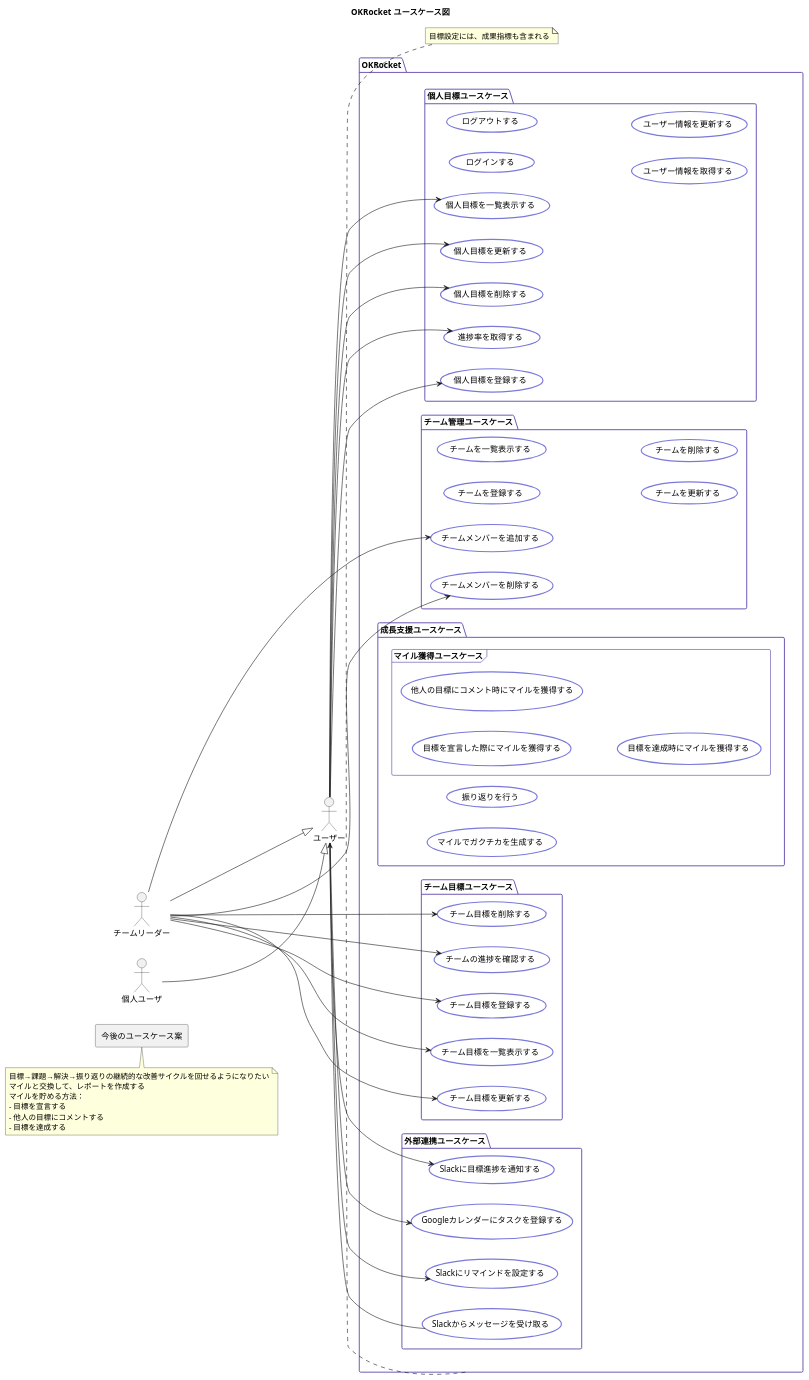
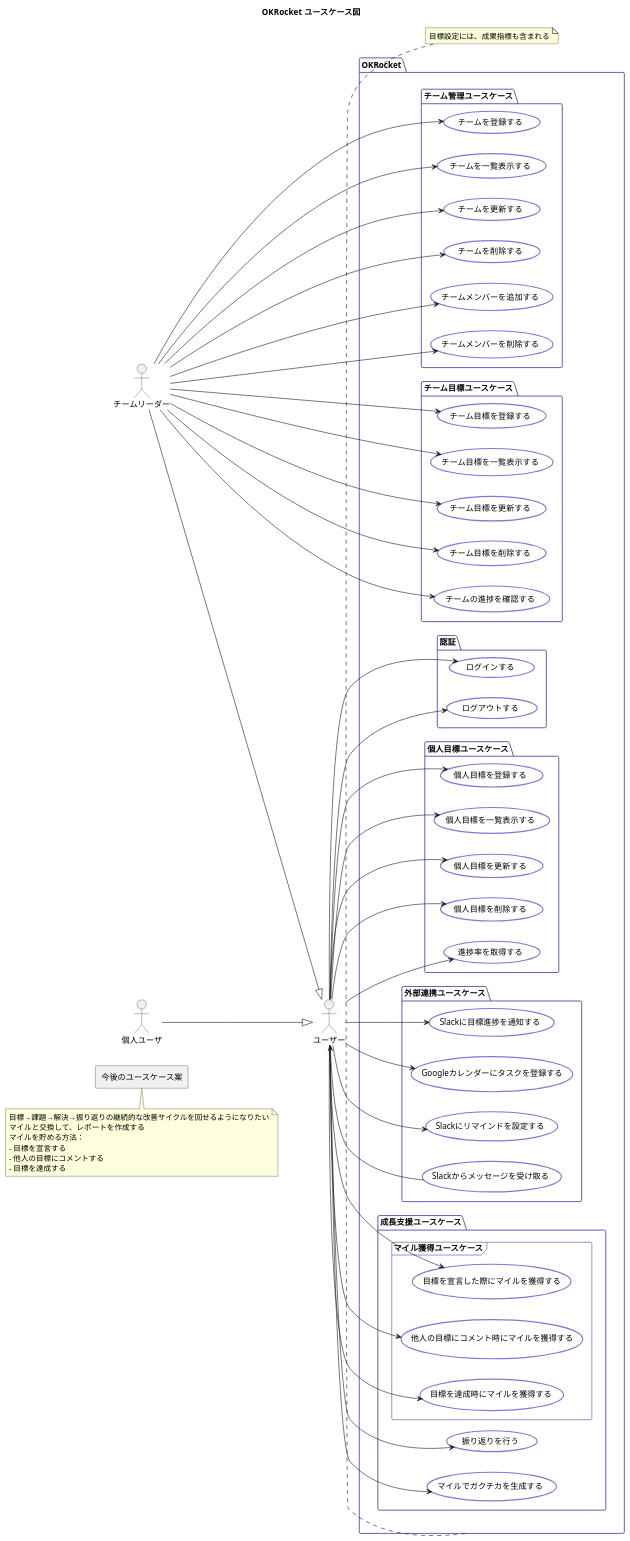
Before and after one commit to Yuma-Tsukakoshi/OKRocket: the diagram in docs/usecase/usecase.pu, drawn with PlantUML.

Commit message:
add: ユースケース図作成

```diff
--- a/docs/usecase/usecase.pu
+++ b/docs/usecase/usecase.pu
@@ -1,109 +1,121 @@
 @startuml
 title OKRocket ユースケース図
 
 left to right direction
 
 skinparam usecase {
   BackgroundColor #ffffff
   BorderColor #7a7adb
   FontColor #000000
   BorderThickness 2
 }
 skinparam package {
   BackgroundColor #ffffff
   BorderColor #5941a9
 }
 
 actor "ユーザー" as UserReader
 actor "チームリーダー" as Admin
 actor "個人ユーザ" as User
 
 User --|> UserReader
 Admin --|> UserReader
 
 package "OKRocket" {
+  package "認証"{
+    usecase "ログインする" as login
+    usecase "ログアウトする" as logout
+  }
+
   package "個人目標ユースケース" {
     usecase "個人目標を登録する" as createObjective
     usecase "個人目標を一覧表示する" as listObjectives
     usecase "個人目標を更新する" as updateObjective
     usecase "個人目標を削除する" as deleteObjective
 
     usecase "進捗率を取得する" as getProgressRate
-
-    usecase "ログインする" as login
-    usecase "ログアウトする" as logout
-    usecase "ユーザー情報を取得する" as getUserInfo
-    usecase "ユーザー情報を更新する" as updateUserInfo
   }
 
   package "チーム管理ユースケース" {
     usecase "チームを登録する" as createTeam
     usecase "チームを一覧表示する" as listTeams
     usecase "チームを更新する" as updateTeam
     usecase "チームを削除する" as deleteTeam
       
     usecase "チームメンバーを追加する" as addTeamMember
     usecase "チームメンバーを削除する" as removeTeamMember
   }
 
   package "成長支援ユースケース" {
     usecase "振り返りを行う" as registerImprovementCycle
     usecase "マイルでガクチカを生成する" as generateGakuchikaWithMile
 
     frame "マイル獲得ユースケース" {
       usecase "目標を宣言した際にマイルを獲得する" as declareGoalToEarnMile
       usecase "他人の目標にコメント時にマイルを獲得する" as commentOnGoalToEarnMile
       usecase "目標を達成時にマイルを獲得する" as achieveGoalToEarnMile
     }
   }
 
   package "チーム目標ユースケース" {
     usecase "チーム目標を登録する" as createTeamObjective
     usecase "チーム目標を一覧表示する" as listTeamObjectives
     usecase "チーム目標を更新する" as updateTeamObjective
     usecase "チーム目標を削除する" as deleteTeamObjective
     usecase "チームの進捗を確認する" as getTeamProgressRate
   }
 
   package "外部連携ユースケース" {
     usecase "Slackに目標進捗を通知する" as notifyProgressToSlack
     usecase "Googleカレンダーにタスクを登録する" as registerTaskToGoogleCalendar
     usecase "Slackにリマインドを設定する" as setSlackReminder
     usecase "Slackからメッセージを受け取る" as receiveMessageFromSlack
   }
 }
 
+UserReader --> login
+UserReader --> logout
 UserReader --> createObjective
 UserReader --> listObjectives
 UserReader --> updateObjective
 UserReader --> deleteObjective
 UserReader --> getProgressRate
+
+UserReader --> registerImprovementCycle
+UserReader --> generateGakuchikaWithMile
+UserReader --> declareGoalToEarnMile
+UserReader --> commentOnGoalToEarnMile
+UserReader --> achieveGoalToEarnMile
 
 Admin --> createTeamObjective
 Admin --> listTeamObjectives
 Admin --> updateTeamObjective
 Admin --> deleteTeamObjective
 Admin --> getTeamProgressRate
 Admin --> addTeamMember
 Admin --> removeTeamMember
+Admin --> createTeam
+Admin --> listTeams
+Admin --> updateTeam
+Admin --> deleteTeam
 
 UserReader --> notifyProgressToSlack
 UserReader --> registerTaskToGoogleCalendar
 UserReader --> setSlackReminder
 receiveMessageFromSlack --> UserReader
 
 rectangle "今後のユースケース案" as futureUseCases
 note bottom of futureUseCases
   目標→課題→解決→振り返りの継続的な改善サイクルを回せるようになりたい
   マイルと交換して、レポートを作成する
   マイルを貯める方法：
   - 目標を宣言する
   - 他人の目標にコメントする
   - 目標を達成する
 endnote
 
 note bottom of OKRocket
   目標設定には、成果指標も含まれる
 endnote
 
 @enduml
```
